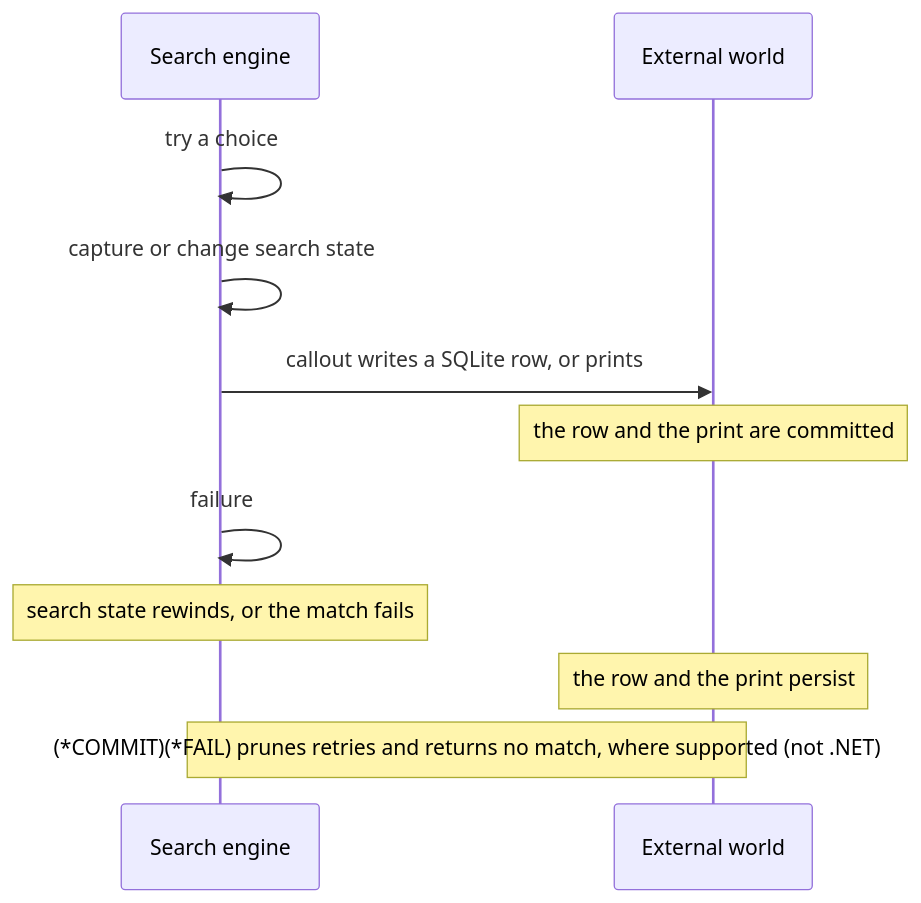
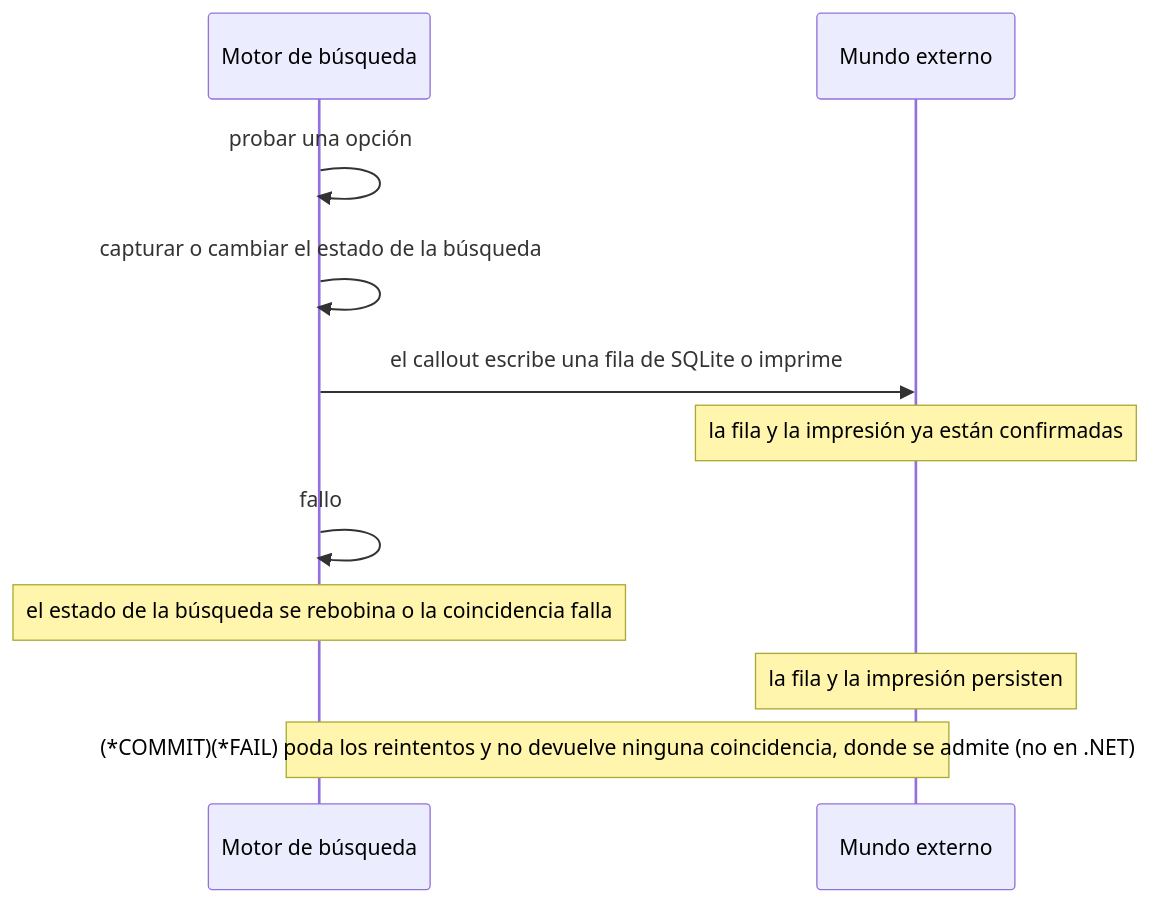
One commit to dullroar/aprende-a-programar-como-un-bicho-raro changed the third of 4 diagrams in lessons/patrones.md. Above: the diagram before and after it, drawn with Mermaid. The commit also changed other lines of this file and 7 other files, not shown here.

````diff
--- a/lessons/patrones.md
+++ b/lessons/patrones.md
@@ -146,15 +146,15 @@
 ```mermaid
 sequenceDiagram
-    accTitle: The matching engine can abandon its branch; an already committed external effect does not disappear
-    accDescr: A sequence diagram with two layers, the search engine and the external world. The engine tries a choice and captures or changes search state. A callout then writes a SQLite row or prints, which happens in the external world. The engine then fails, and its search state rewinds or the match fails, but the row and the print persist. At the terminal branch, COMMIT followed by FAIL prunes the retry paths and returns no match, for engines that support it, which does not include .NET.
-    participant E as Search engine
-    participant W as External world
-    E->>E: try a choice
-    E->>E: capture or change search state
-    E->>W: callout writes a SQLite row, or prints
-    Note over W: the row and the print are committed
-    E->>E: failure
-    Note over E: search state rewinds, or the match fails
-    Note over W: the row and the print persist
-    Note over E,W: (*COMMIT)(*FAIL) prunes retries and returns no match, where supported (not .NET)
+    accTitle: El motor de coincidencias puede abandonar su rama; un efecto externo ya confirmado no desaparece
+    accDescr: Un diagrama de secuencia con dos capas: el motor de búsqueda y el mundo externo. El motor prueba una opción y captura o cambia el estado de la búsqueda. Entonces un callout escribe una fila de SQLite o imprime, y eso ocurre en el mundo externo. Después el motor falla, y su estado de búsqueda se rebobina o la coincidencia falla, pero la fila y la impresión persisten. En la rama terminal, COMMIT seguido de FAIL poda los caminos de reintento y no devuelve ninguna coincidencia, en los motores que lo admiten, lo que no incluye a .NET.
+    participant E as Motor de búsqueda
+    participant W as Mundo externo
+    E->>E: probar una opción
+    E->>E: capturar o cambiar el estado de la búsqueda
+    E->>W: el callout escribe una fila de SQLite o imprime
+    Note over W: la fila y la impresión ya están confirmadas
+    E->>E: fallo
+    Note over E: el estado de la búsqueda se rebobina o la coincidencia falla
+    Note over W: la fila y la impresión persisten
+    Note over E,W: (*COMMIT)(*FAIL) poda los reintentos y no devuelve ninguna coincidencia, donde se admite (no en .NET)
 ```
````
